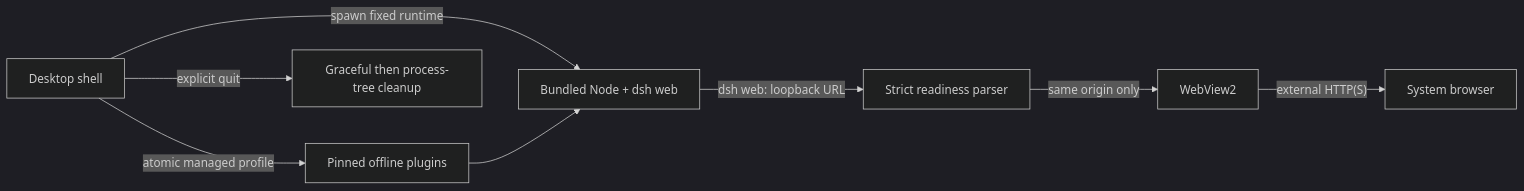
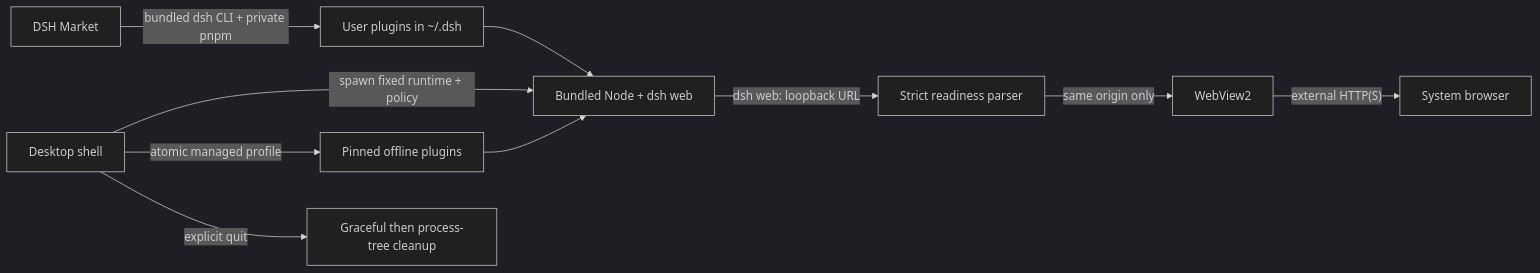
Before and after one commit to licn9901-arch/DSH-Desktop: the diagram in README.md, drawn with Mermaid (dark theme). The commit also changed other lines of this file and 35 other files, not shown here.

````diff
--- a/README.md
+++ b/README.md
@@ -61,10 +81,12 @@
 ```mermaid
 flowchart LR
-    A["Desktop shell"] -->|"spawn fixed runtime"| B["Bundled Node + dsh web"]
+    A["Desktop shell"] -->|"spawn fixed runtime + policy"| B["Bundled Node + dsh web"]
+    M["DSH Market"] -->|"bundled dsh CLI + private pnpm"| U["User plugins in ~/.dsh"]
+    U --> B
     A -->|"atomic managed profile"| P["Pinned offline plugins"]
     P --> B
     B -->|"dsh web: loopback URL"| C["Strict readiness parser"]
     C -->|"same origin only"| D["WebView2"]
     D -->|"external HTTP(S)"| E["System browser"]
     A -->|"explicit quit"| F["Graceful then process-tree cleanup"]
 ```
````
